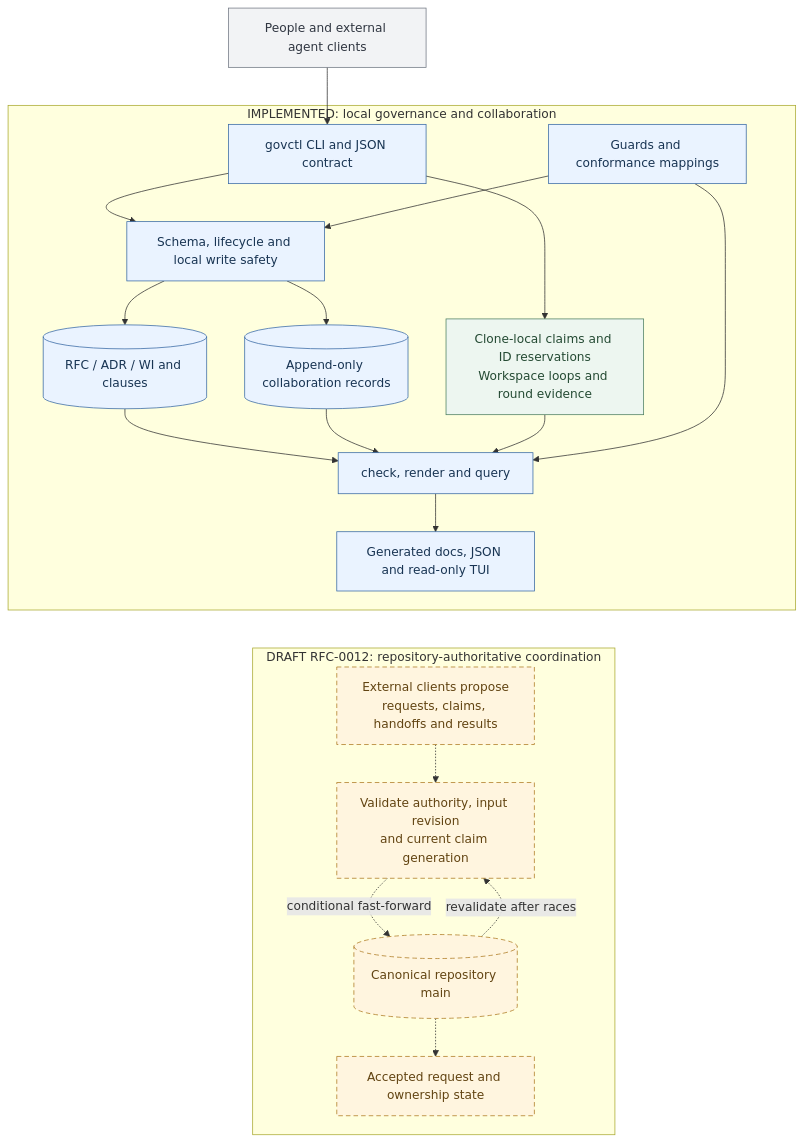
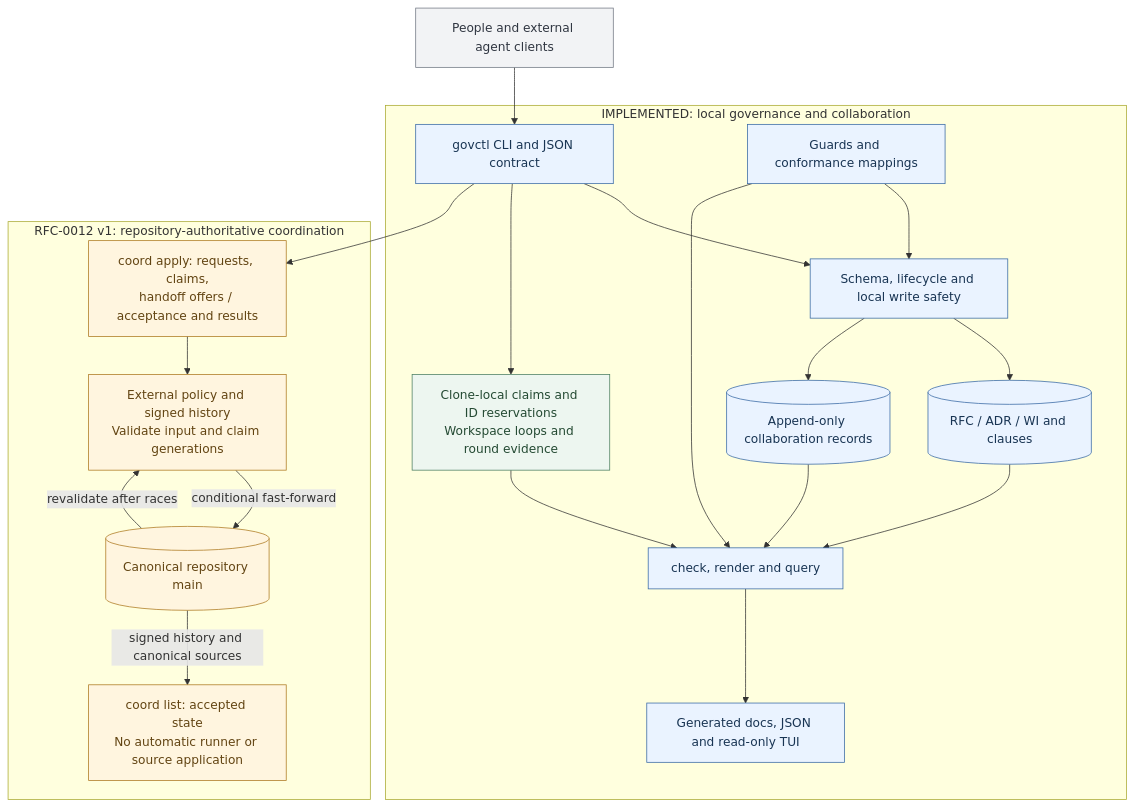
One commit to lauthu/govctl changed the diagram in docs/guide/diagrams/architecture.mmd. Above: the diagram before and after it, drawn with Mermaid. The commit also changed 40 other files, not shown here.

Commit message:
feat(coordination): publish and fence cross-machine execution on main

```diff
--- a/docs/guide/diagrams/architecture.mmd
+++ b/docs/guide/diagrams/architecture.mmd
@@ -1,46 +1,46 @@
 flowchart TB
   users["People and external agent clients"]
 
   subgraph current["IMPLEMENTED: local governance and collaboration"]
     cli["govctl CLI and JSON contract"]
     safety["Schema, lifecycle and local write safety"]
     artifacts[("RFC / ADR / WI and clauses")]
     events[("Append-only collaboration records")]
     support["Guards and conformance mappings"]
     coordination["Clone-local claims and ID reservations<br/>Workspace loops and round evidence"]
     readers["check, render and query"]
     views["Generated docs, JSON and read-only TUI"]
     cli --> safety
     safety --> artifacts
     safety --> events
     support --> safety
     cli --> coordination
     artifacts --> readers
     events --> readers
     coordination --> readers
     support --> readers
     readers --> views
   end
 
-  subgraph future["DRAFT RFC-0012: repository-authoritative coordination"]
-    proposals["External clients propose<br/>requests, claims, handoffs and results"]
-    validation["Validate authority, input revision<br/>and current claim generation"]
+  subgraph shared["RFC-0012 v1: repository-authoritative coordination"]
+    proposals["coord apply: requests, claims,<br/>handoff offers / acceptance and results"]
+    validation["External policy and signed history<br/>Validate input and claim generations"]
     main[("Canonical repository main")]
-    projected["Accepted request and ownership state"]
-    proposals -.-> validation
-    validation -. "conditional fast-forward" .-> main
-    main -. "revalidate after races" .-> validation
-    main -.-> projected
+    projected["coord list: accepted state<br/>No automatic runner or source application"]
+    proposals --> validation
+    validation -- "conditional fast-forward" --> main
+    main -- "revalidate after races" --> validation
+    main -->|signed history and canonical sources| projected
   end
 
   users --> cli
-  views ~~~ proposals
+  cli --> proposals
 
   classDef implemented fill:#eaf3ff,stroke:#3869a4,color:#183453;
   classDef localstate fill:#edf6f0,stroke:#4d7f62,color:#244a33;
   classDef external fill:#f2f3f5,stroke:#727984,color:#303641;
-  classDef planned fill:#fff5df,stroke:#ad7a21,color:#624412,stroke-dasharray:6 4;
+  classDef authority fill:#fff5df,stroke:#ad7a21,color:#624412;
   class cli,safety,artifacts,support,events,readers,views implemented;
   class coordination localstate;
   class users external;
-  class proposals,validation,main,projected planned;
+  class proposals,validation,main,projected authority;
```
